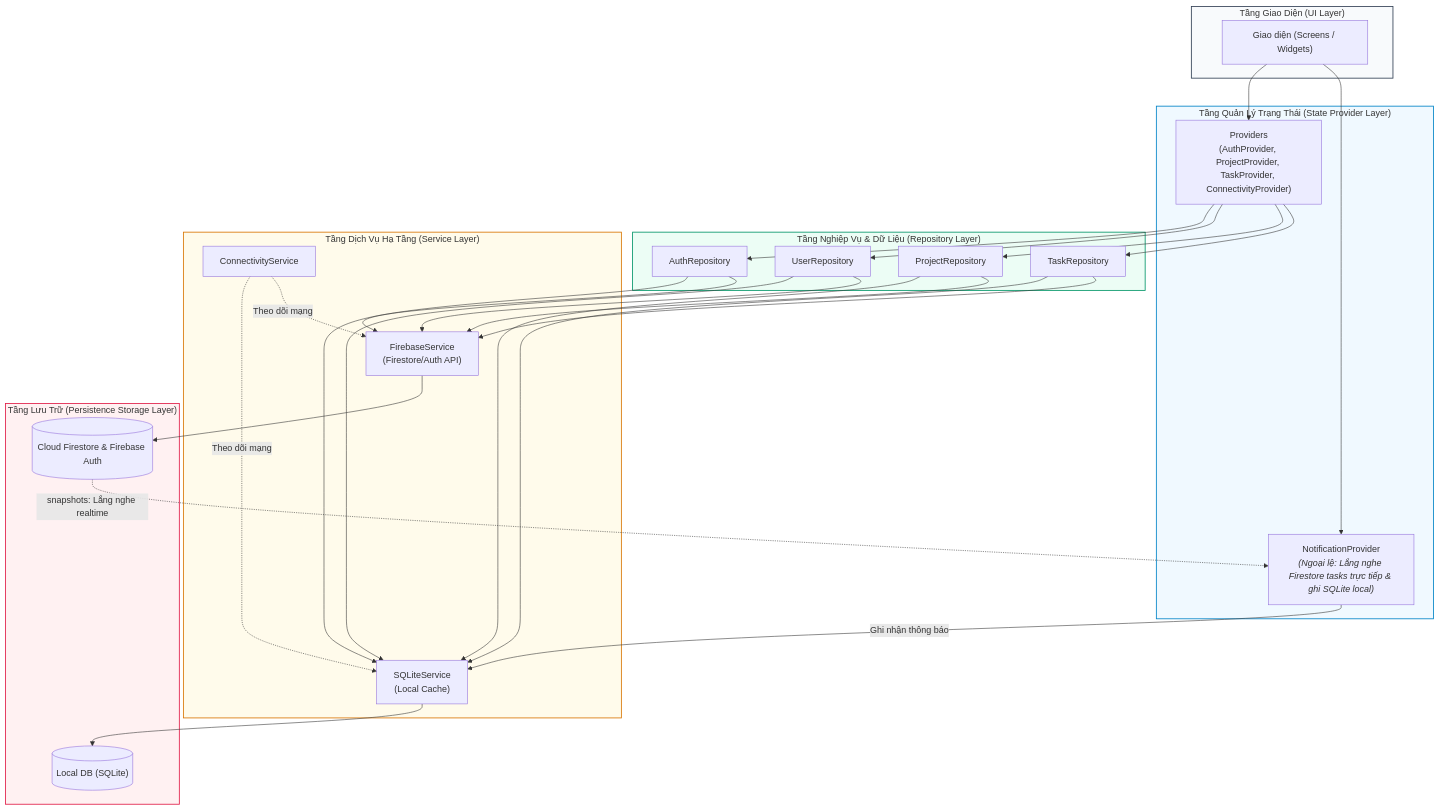
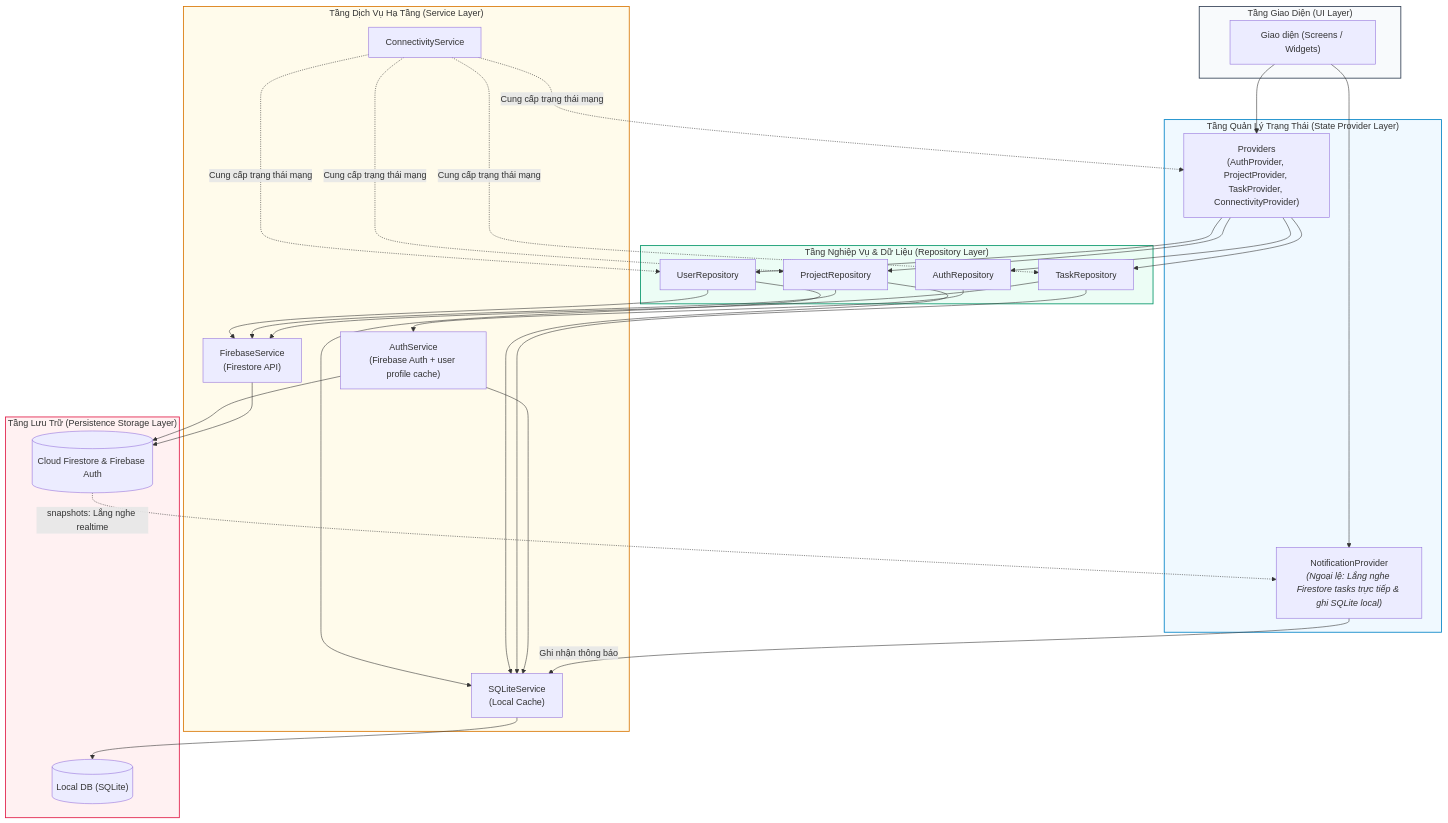
Before and after one commit to ttt-huong/TaskFlow_Huong_Thuong_Cuong_N03_1_2026: the fourth of 12 diagrams in docs/TaskFlow_Diagrams.md, drawn with Mermaid. The commit also changed other lines of this file, not shown here.

Commit message:
docs: add ERD SQLite, ERD Firestore, Data Dictionary, and Offline Sync diagrams

````diff
--- a/docs/TaskFlow_Diagrams.md
+++ b/docs/TaskFlow_Diagrams.md
@@ -173,55 +173,62 @@
 ```mermaid
 flowchart TD
     subgraph UI_Layer ["Tầng Giao Diện (UI Layer)"]
         Screens["Giao diện (Screens / Widgets)"]
     end
 
     subgraph State_Layer ["Tầng Quản Lý Trạng Thái (State Provider Layer)"]
         Providers["Providers<br>(AuthProvider, ProjectProvider, TaskProvider, ConnectivityProvider)"]
         NotifProvider["NotificationProvider<br><i>(Ngoại lệ: Lắng nghe Firestore tasks trực tiếp & ghi SQLite local)</i>"]
     end
 
     subgraph Repos_Layer ["Tầng Nghiệp Vụ & Dữ Liệu (Repository Layer)"]
         AuthRepo["AuthRepository"]
         UserRepo["UserRepository"]
         ProjRepo["ProjectRepository"]
         TaskRepo["TaskRepository"]
     end
 
     subgraph Service_Layer ["Tầng Dịch Vụ Hạ Tầng (Service Layer)"]
         SQLiteService["SQLiteService<br>(Local Cache)"]
-        FirebaseService["FirebaseService<br>(Firestore/Auth API)"]
+        AuthService["AuthService<br>(Firebase Auth + user profile cache)"]
+        FirebaseService["FirebaseService<br>(Firestore API)"]
         ConnectivityService["ConnectivityService"]
     end
 
     subgraph Persistence_Layer ["Tầng Lưu Trữ (Persistence Storage Layer)"]
         LocalDB[("Local DB (SQLite)")]
         RemoteDB[("Cloud Firestore & Firebase Auth")]
     end
 
     %% Luồng đi chuẩn: UI -> Provider -> Repository -> Service -> Firebase/SQLite
     Screens --> Providers
     Providers --> AuthRepo
     Providers --> UserRepo
     Providers --> ProjRepo
     Providers --> TaskRepo
 
-    AuthRepo & UserRepo & ProjRepo & TaskRepo --> SQLiteService
-    AuthRepo & UserRepo & ProjRepo & TaskRepo --> FirebaseService
+    AuthRepo --> AuthService
+    UserRepo & ProjRepo & TaskRepo --> SQLiteService
+    UserRepo & ProjRepo & TaskRepo --> FirebaseService
+    AuthService --> SQLiteService
+    AuthService --> RemoteDB
     
     %% Luồng đi của ngoại lệ Notification
     Screens --> NotifProvider
     RemoteDB -.-> |snapshots: Lắng nghe realtime| NotifProvider
     NotifProvider --> |Ghi nhận thông báo| SQLiteService
 
     SQLiteService --> LocalDB
     FirebaseService --> RemoteDB
-    ConnectivityService -.-> |Theo dõi mạng| SQLiteService & FirebaseService
+    ConnectivityService -.-> |Cung cấp trạng thái mạng| Providers
+    ConnectivityService -.-> |Cung cấp trạng thái mạng| UserRepo
+    ConnectivityService -.-> |Cung cấp trạng thái mạng| ProjRepo
+    ConnectivityService -.-> |Cung cấp trạng thái mạng| TaskRepo
 
     %% CSS Styling
     style UI_Layer fill:#f8fafc,stroke:#334155,stroke-width:1.5px
     style State_Layer fill:#f0f9ff,stroke:#0284c7,stroke-width:1.5px
     style Repos_Layer fill:#ecfdf5,stroke:#059669,stroke-width:1.5px
     style Service_Layer fill:#fffbeb,stroke:#d97706,stroke-width:1.5px
     style Persistence_Layer fill:#fff1f2,stroke:#e11d48,stroke-width:1.5px
 ```
````
